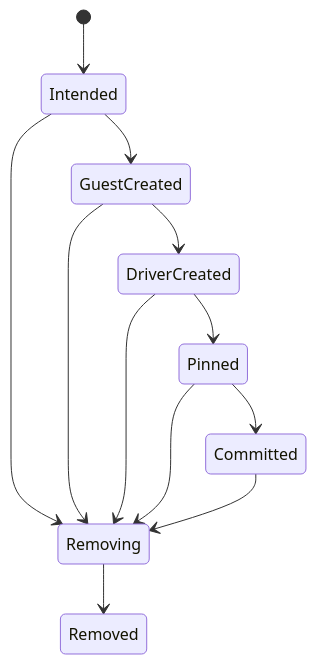
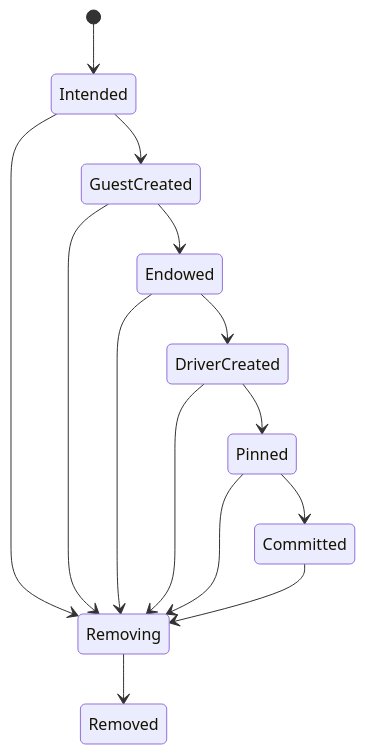
Before and after one commit to endojs/endo-but-for-bots: the second of 2 diagrams in designs/endo-child-agent-factory.md, drawn with Mermaid. The commit also changed other lines of this file, not shown here.

````diff
--- a/designs/endo-child-agent-factory.md
+++ b/designs/endo-child-agent-factory.md
@@ -341,14 +398,16 @@
 ```mermaid
 stateDiagram-v2
     [*] --> Intended
     Intended --> GuestCreated
-    GuestCreated --> DriverCreated
+    GuestCreated --> Endowed
+    Endowed --> DriverCreated
     DriverCreated --> Pinned
     Pinned --> Committed
     Intended --> Removing
     GuestCreated --> Removing
+    Endowed --> Removing
     DriverCreated --> Removing
     Pinned --> Removing
     Committed --> Removing
     Removing --> Removed
 ```
````
